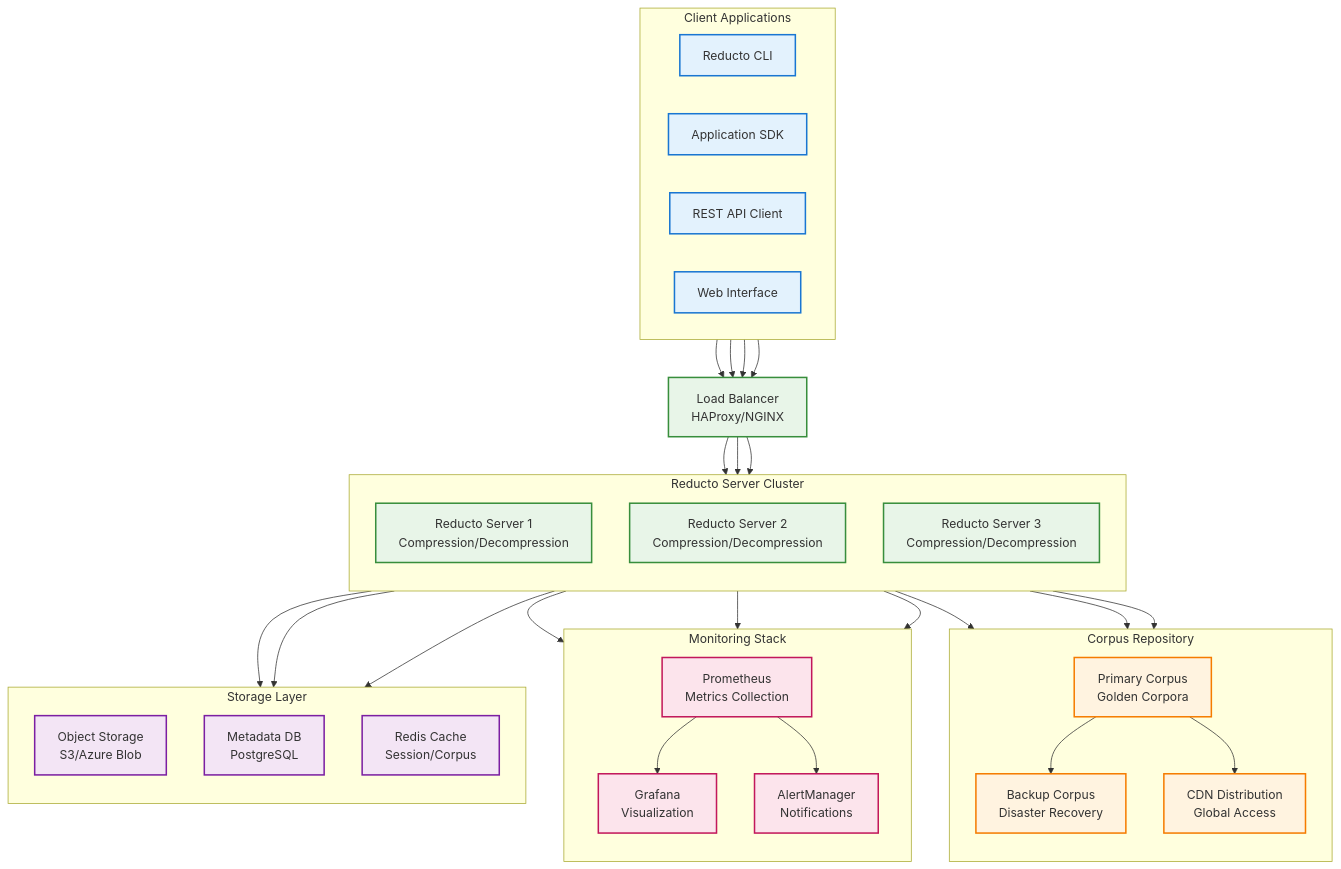
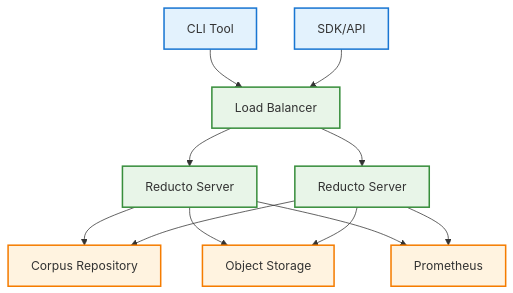
One commit to that-in-rust/reducto changed the second of 2 diagrams in README.md. Above: the diagram before and after it, drawn with Mermaid. The commit also changed other lines of this file, not shown here.

````diff
--- a/README.md
+++ b/README.md
@@ -197,85 +80,29 @@
 ```mermaid
 graph TD
-    %% Client applications
-    subgraph "Client Applications"
-        direction LR
-        CLI[Reducto CLI]
-        SDK[Application SDK]
-        API[REST API Client]
-        WEB[Web Interface]
-    end
+    %% Client tier
+    CLI[CLI Tool] --> LB[Load Balancer]
+    SDK[SDK/API] --> LB
     
-    %% Load balancer and API gateway
-    LB[Load Balancer<br/>HAProxy/NGINX]
+    %% Server tier
+    LB --> Server1[Reducto Server]
+    LB --> Server2[Reducto Server]
     
-    %% Reducto server cluster
-    subgraph "Reducto Server Cluster"
-        direction TB
-        RS1[Reducto Server 1<br/>Compression/Decompression]
-        RS2[Reducto Server 2<br/>Compression/Decompression]
-        RS3[Reducto Server 3<br/>Compression/Decompression]
-    end
+    %% Storage tier
+    Server1 --> Corpus[Corpus Repository]
+    Server2 --> Corpus
+    Server1 --> Storage[Object Storage]
+    Server2 --> Storage
     
-    %% Corpus repository
-    subgraph "Corpus Repository"
-        direction TB
-        CR1[Primary Corpus<br/>Golden Corpora]
-        CR2[Backup Corpus<br/>Disaster Recovery]
-        CDN[CDN Distribution<br/>Global Access]
-        CR1 --> CR2
-        CR1 --> CDN
-    end
-    
-    %% Monitoring and observability
-    subgraph "Monitoring Stack"
-        direction TB
-        PROM[Prometheus<br/>Metrics Collection]
-        GRAF[Grafana<br/>Visualization]
-        ALERT[AlertManager<br/>Notifications]
-        PROM --> GRAF
-        PROM --> ALERT
-    end
-    
-    %% Storage and persistence
-    subgraph "Storage Layer"
-        direction TB
-        S3[Object Storage<br/>S3/Azure Blob]
-        DB[Metadata DB<br/>PostgreSQL]
-        CACHE[Redis Cache<br/>Session/Corpus]
-    end
-    
-    %% Connect components
-    CLI --> LB
-    SDK --> LB
-    API --> LB
-    WEB --> LB
-    
-    LB --> RS1
-    LB --> RS2
-    LB --> RS3
-    
-    RS1 --> CR1
-    RS2 --> CR1
-    RS3 --> CR1
-    
-    RS1 --> PROM
-    RS2 --> PROM
-    RS3 --> PROM
-    
-    RS1 --> S3
-    RS2 --> DB
-    RS3 --> CACHE
+    %% Monitoring
+    Server1 --> Metrics[Prometheus]
+    Server2 --> Metrics
     
     %% Styling
     classDef client fill:#e3f2fd,stroke:#1976d2,stroke-width:2px
     classDef server fill:#e8f5e8,stroke:#388e3c,stroke-width:2px
-    classDef corpus fill:#fff3e0,stroke:#f57c00,stroke-width:2px
-    classDef monitor fill:#fce4ec,stroke:#c2185b,stroke-width:2px
-    classDef storage fill:#f3e5f5,stroke:#7b1fa2,stroke-width:2px
+    classDef storage fill:#fff3e0,stroke:#f57c00,stroke-width:2px
     
-    class CLI,SDK,API,WEB client
-    class LB,RS1,RS2,RS3 server
-    class CR1,CR2,CDN corpus
-    class PROM,GRAF,ALERT monitor
-    class S3,DB,CACHE storage
+    class CLI,SDK client
+    class LB,Server1,Server2 server
+    class Corpus,Storage,Metrics storage
 ```
````
